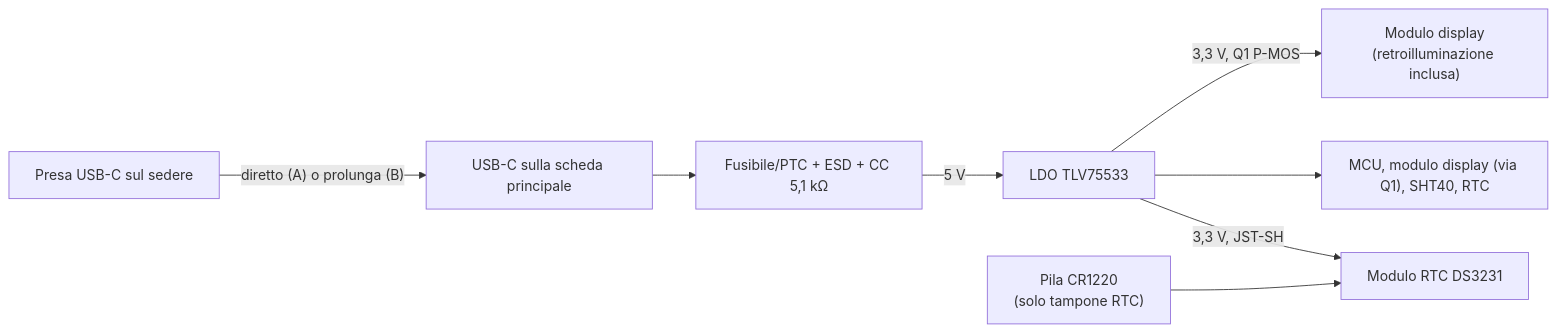
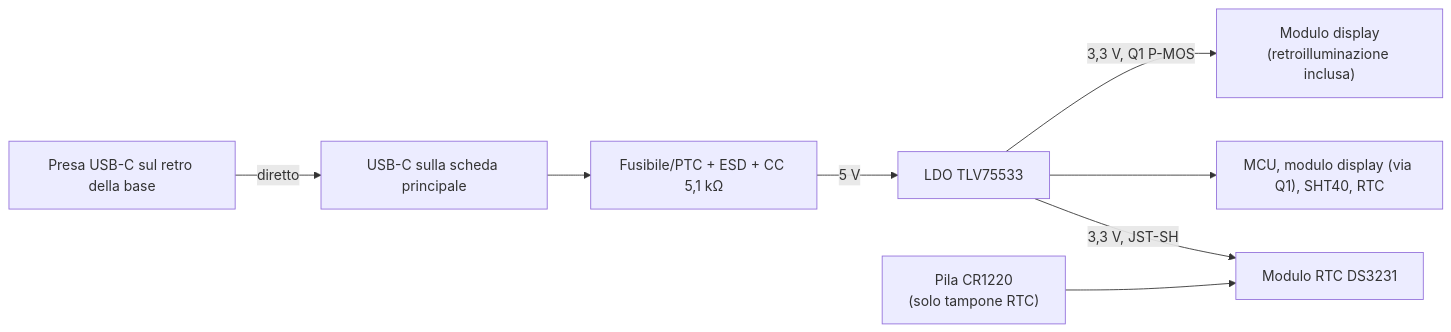
Before and after one commit to seba379/PoliClock: the diagram in docs/03-alimentazione-ricarica.md, drawn with Mermaid. The commit also changed other lines of this file and 27 other files, not shown here.

````diff
--- a/docs/03-alimentazione-ricarica.md
+++ b/docs/03-alimentazione-ricarica.md
@@ -18,10 +18,10 @@
 ```mermaid
 flowchart LR
-    USB["Presa USB-C sul sedere"] -->|"diretto (A) o prolunga (B)"| IN["USB-C sulla scheda principale"]
+    USB["Presa USB-C sul retro della base"] -->|"diretto"| IN["USB-C sulla scheda principale"]
     IN --> PROT["Fusibile/PTC + ESD + CC 5,1 kΩ"]
     PROT -->|"5 V"| REG["LDO TLV75533"]
     REG -->|"3,3 V, Q1 P-MOS"| BL["Modulo display<br/>(retroilluminazione inclusa)"]
     REG --> LOADS["MCU, modulo display (via Q1), SHT40, RTC"]
     REG -->|"3,3 V, JST-SH"| RTC["Modulo RTC DS3231"]
     CAP["Pila CR1220<br/>(solo tampone RTC)"] --> RTC
 ```
````
